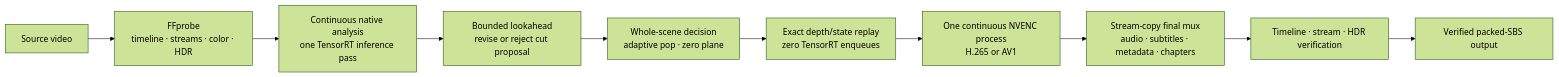
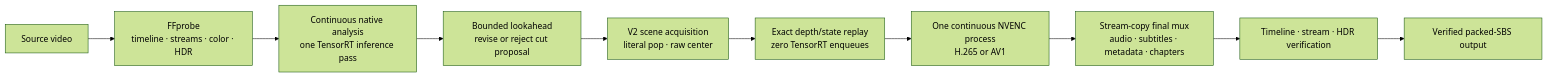
One commit to dcatcher9/Apollo-3D changed the diagram in docs/whole-clip-sbs-pipeline.md. Above: the diagram before and after it, drawn with Mermaid (forest theme). The commit also changed other lines of this file and 182 other files, not shown here.

````diff
--- a/docs/whole-clip-sbs-pipeline.md
+++ b/docs/whole-clip-sbs-pipeline.md
@@ -37,15 +45,15 @@
 ```mermaid
 flowchart LR
     SOURCE["Source video"]
     PROBE["FFprobe<br/>timeline · streams · color · HDR"]
     ANALYZE["Continuous native analysis<br/>one TensorRT inference pass"]
     LOOK["Bounded lookahead<br/>revise or reject cut proposal"]
-    CAMERA["Whole-scene decision<br/>adaptive pop · zero plane"]
+    CAMERA["V2 scene acquisition<br/>literal pop · raw center"]
     REPLAY["Exact depth/state replay<br/>zero TensorRT enqueues"]
     ENCODE["One continuous NVENC process<br/>H.265 or AV1"]
     MUX["Stream-copy final mux<br/>audio · subtitles · metadata · chapters"]
     VERIFY["Timeline · stream · HDR verification"]
     OUTPUT["Verified packed-SBS output"]
 
     SOURCE --> PROBE --> ANALYZE --> LOOK --> CAMERA --> REPLAY --> ENCODE --> MUX --> VERIFY --> OUTPUT
 ```
````
